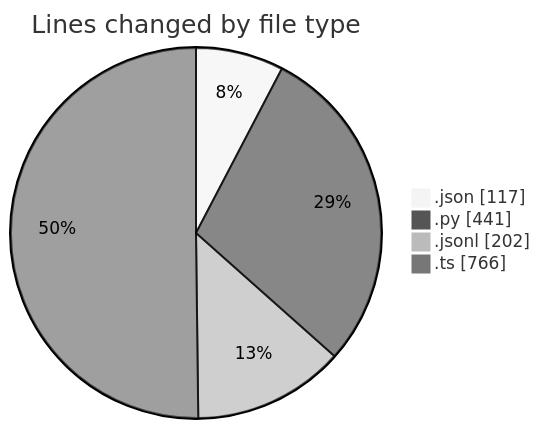
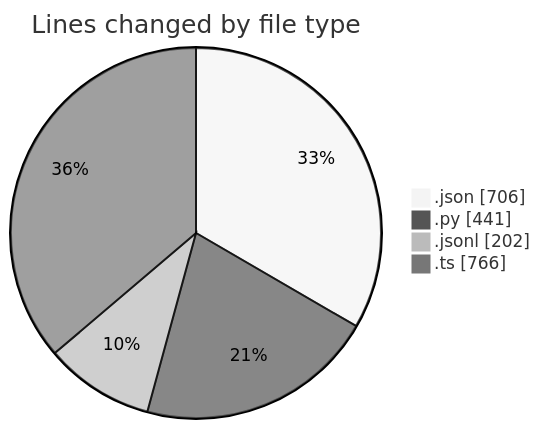
One commit to EIIisD/code-tracking changed the first of 2 diagrams in 2025-08-23/_claude/README.md. Above: the diagram before and after it, drawn with Mermaid (neutral theme). The commit also changed other lines of this file and 1 other file, not shown here.

````diff
--- a/2025-08-23/_claude/README.md
+++ b/2025-08-23/_claude/README.md
@@ -23,8 +24,8 @@
 ```mermaid
 pie showData
 title Lines changed by file type
-".json" : 117
+".json" : 706
 ".py" : 441
 ".jsonl" : 202
 ".ts" : 766
 ```
````
